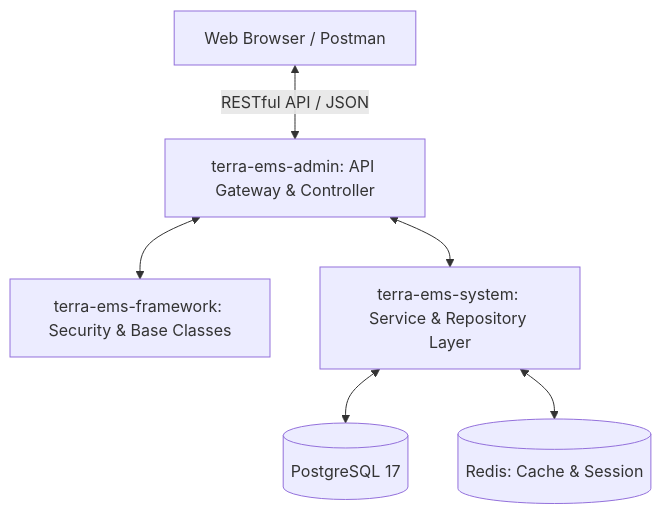
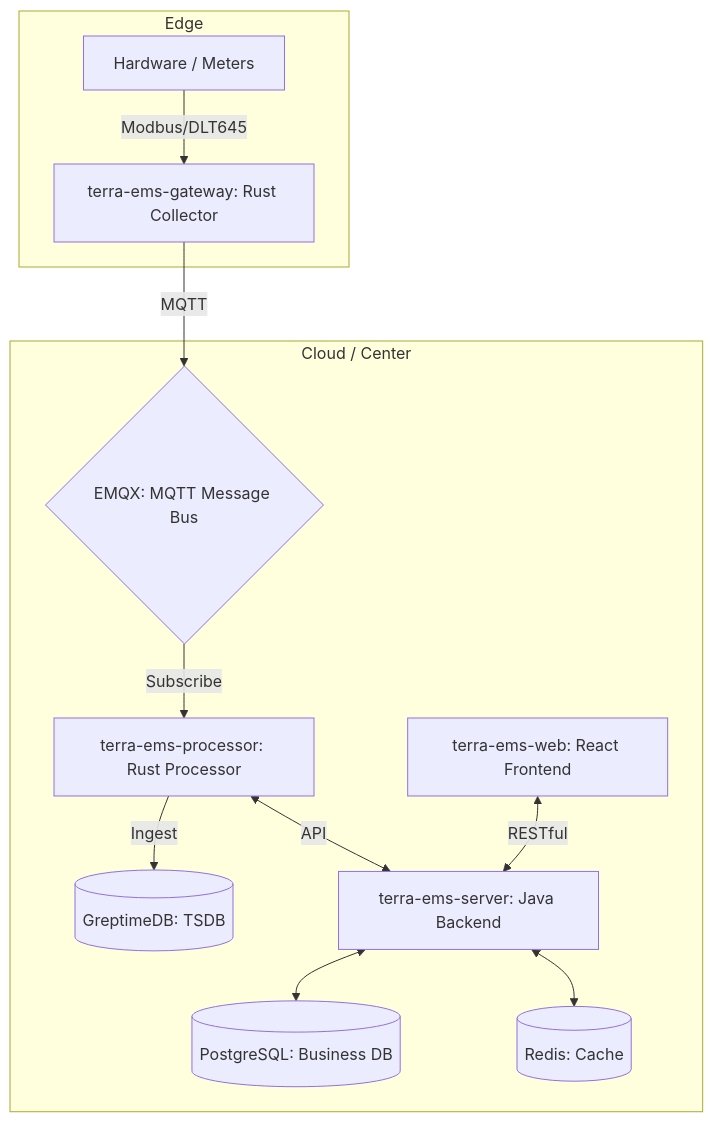
The diagram in README.md (dengxp/terra-ems-server), drawn with Mermaid before and after one commit. The commit also changed other lines of this file and 1 other file, not shown here.

Commit message:
docs: update architecture and core features in README

````diff
--- a/README.md
+++ b/README.md
@@ -18,8 +18,21 @@
 ```mermaid
 graph TD
-    Client[Web Browser / Postman] <-->|RESTful API / JSON| Admin[terra-ems-admin: API Gateway & Controller]
-    Admin <--> Framework[terra-ems-framework: Security & Base Classes]
-    Admin <--> System[terra-ems-system: Service & Repository Layer]
-    System <--> DB[(PostgreSQL 17)]
-    System <--> Redis[(Redis: Cache & Session)]
+    subgraph "Edge"
+        GW[terra-ems-gateway: Rust Collector]
+        Meter[Hardware / Meters] -->|Modbus/DLT645| GW
+    end
+
+    subgraph "Cloud / Center"
+        EMQX{EMQX: MQTT Message Bus}
+        Proc[terra-ems-processor: Rust Processor]
+        Server[terra-ems-server: Java Backend]
+        
+        GW -->|MQTT| EMQX
+        EMQX -->|Subscribe| Proc
+        Proc -->|Ingest| GDB[(GreptimeDB: TSDB)]
+        Proc <-->|API| Server
+        Server <--> DB[(PostgreSQL: Business DB)]
+        Server <--> Redis[(Redis: Cache)]
+        Web[terra-ems-web: React Frontend] <-->|RESTful| Server
+    end
 ```
````
